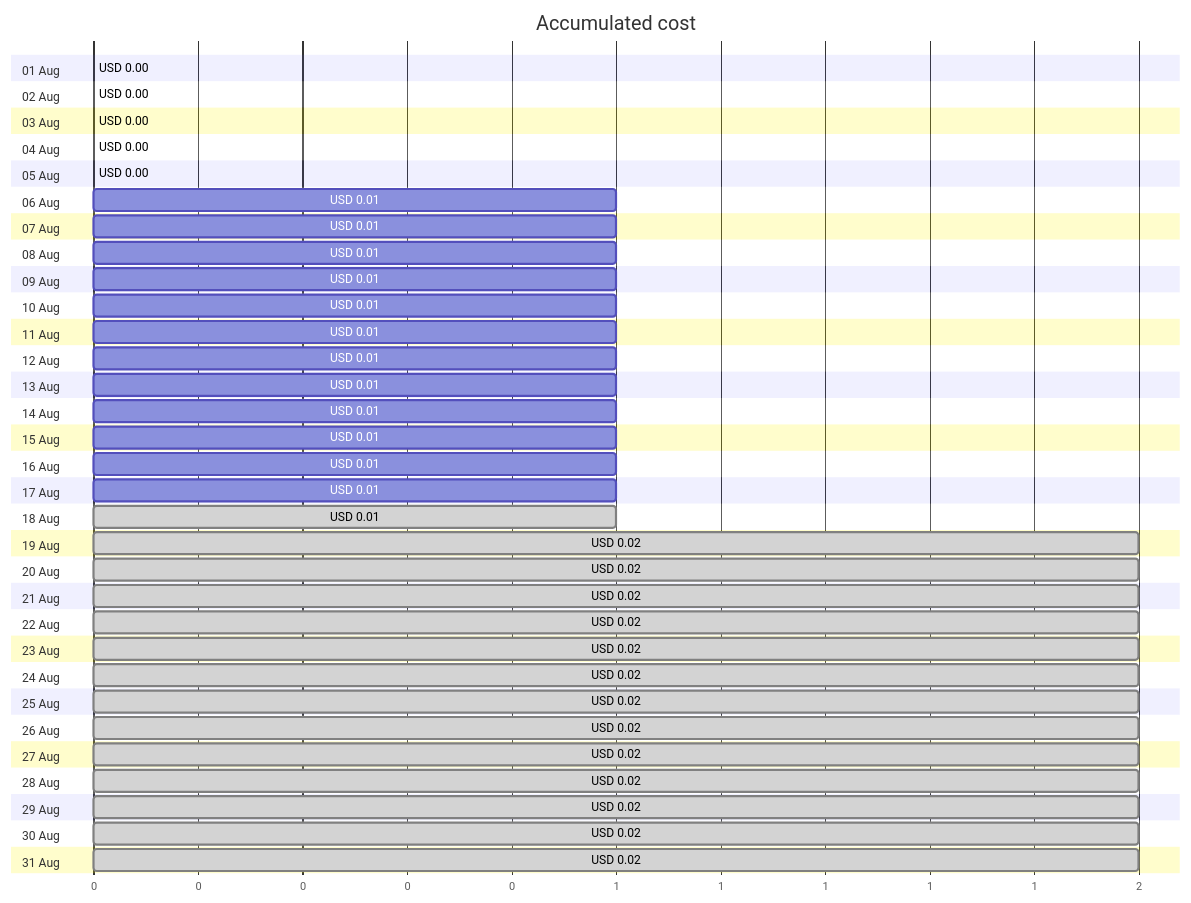
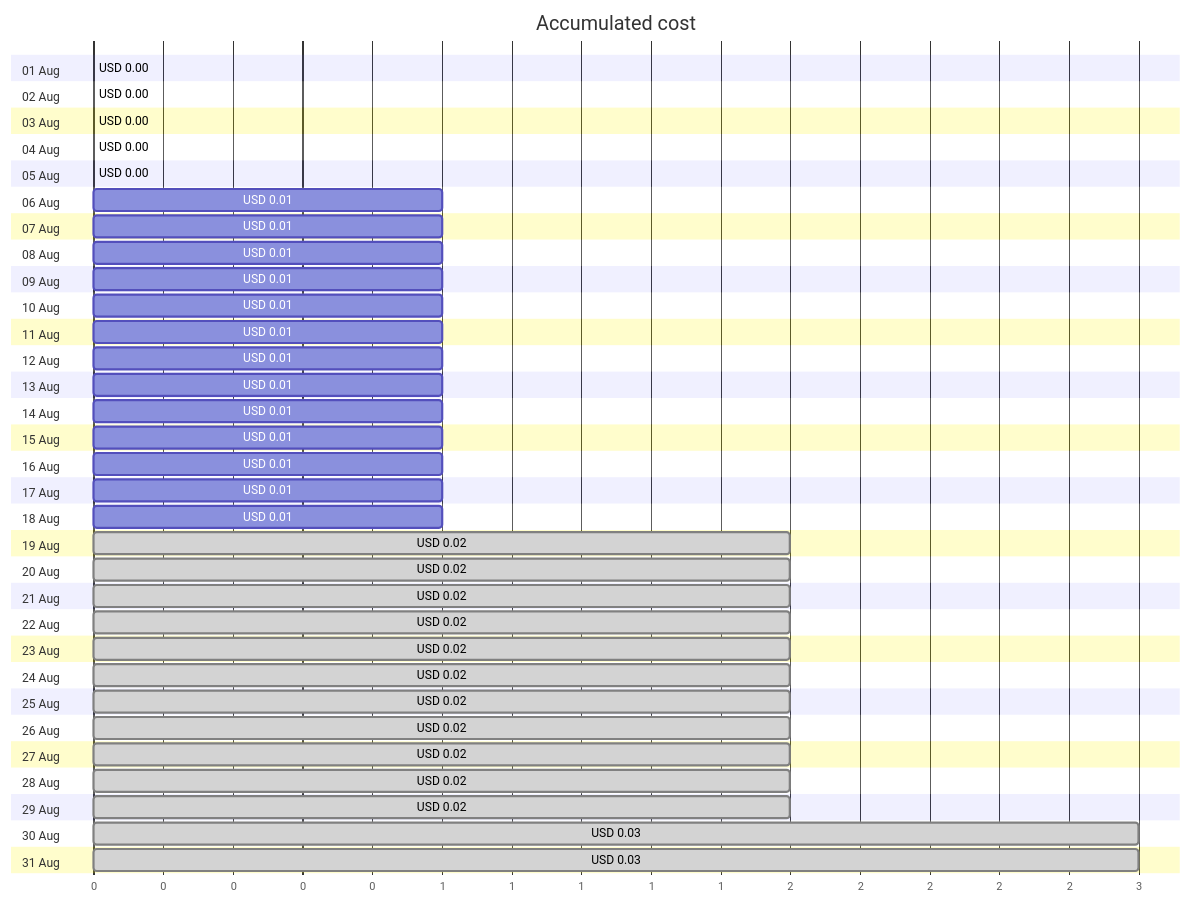
Before and after one commit to jpfulton/azure-personal-reports: the first of 4 diagrams in cost-reports/personal-site/personalsiteapistorage.md, drawn with Mermaid. The commit also changed other lines of this file and 6 other files, not shown here.

````diff
--- a/cost-reports/personal-site/personalsiteapistorage.md
+++ b/cost-reports/personal-site/personalsiteapistorage.md
@@ -20,68 +20,68 @@
 ```mermaid
 gantt
    title Accumulated cost
    dateFormat  X
    axisFormat %s
    section 01 Aug
    USD 0.00 :0, 0
    section 02 Aug
    USD 0.00 :0, 0
    section 03 Aug
    USD 0.00 :0, 0
    section 04 Aug
    USD 0.00 :0, 0
    section 05 Aug
    USD 0.00 :0, 0
    section 06 Aug
    USD 0.01 :0, 1
    section 07 Aug
    USD 0.01 :0, 1
    section 08 Aug
    USD 0.01 :0, 1
    section 09 Aug
    USD 0.01 :0, 1
    section 10 Aug
    USD 0.01 :0, 1
    section 11 Aug
    USD 0.01 :0, 1
    section 12 Aug
    USD 0.01 :0, 1
    section 13 Aug
    USD 0.01 :0, 1
    section 14 Aug
    USD 0.01 :0, 1
    section 15 Aug
    USD 0.01 :0, 1
    section 16 Aug
    USD 0.01 :0, 1
    section 17 Aug
    USD 0.01 :0, 1
    section 18 Aug
-   USD 0.01 : done, 0, 1
+   USD 0.01 :0, 1
    section 19 Aug
    USD 0.02 : done, 0, 2
    section 20 Aug
    USD 0.02 : done, 0, 2
    section 21 Aug
    USD 0.02 : done, 0, 2
    section 22 Aug
    USD 0.02 : done, 0, 2
    section 23 Aug
    USD 0.02 : done, 0, 2
    section 24 Aug
    USD 0.02 : done, 0, 2
    section 25 Aug
    USD 0.02 : done, 0, 2
    section 26 Aug
    USD 0.02 : done, 0, 2
    section 27 Aug
    USD 0.02 : done, 0, 2
    section 28 Aug
    USD 0.02 : done, 0, 2
    section 29 Aug
    USD 0.02 : done, 0, 2
    section 30 Aug
-   USD 0.02 : done, 0, 2
+   USD 0.03 : done, 0, 3
    section 31 Aug
-   USD 0.02 : done, 0, 2
+   USD 0.03 : done, 0, 3
 ```
````
